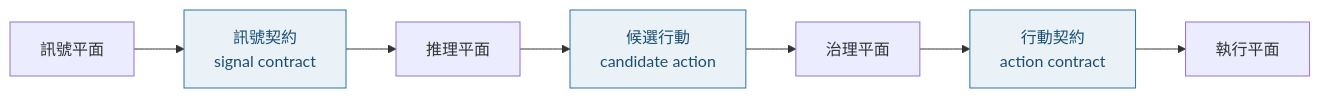
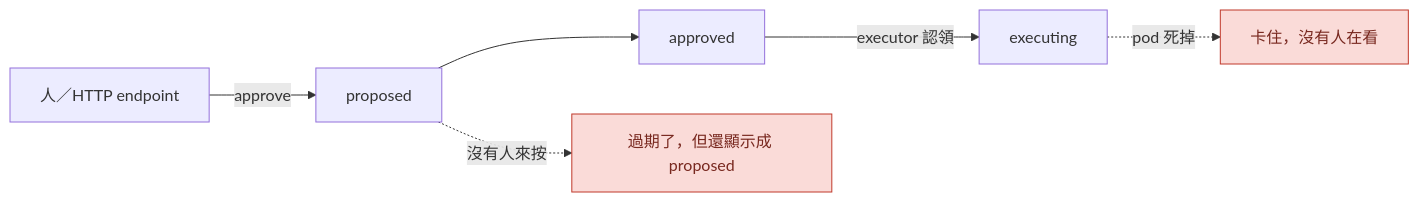
One commit to tedmax100/o11y-bench changed the second of 2 diagrams in weaver-demo/ironman-2026/day34.md. Above: the diagram before and after it, drawn with Mermaid. The commit also changed other lines of this file and 21 other files, not shown here.

````diff
--- a/weaver-demo/ironman-2026/day34.md
+++ b/weaver-demo/ironman-2026/day34.md
@@ -76,12 +127,11 @@
 ```mermaid
 flowchart LR
-    S["訊號平面"] --> C1["訊號契約<br/>signal contract"]
-    C1 --> R["推理平面"]
-    R --> C2["候選行動<br/>candidate action"]
-    C2 --> G["治理平面"]
-    G --> C3["行動契約<br/>action contract"]
-    C3 --> E["執行平面"]
+    H["人／HTTP endpoint"] -->|"approve"| P["proposed"]
+    P --> A["approved"]
+    A -->|"executor 認領"| E["executing"]
+    E -.->|"pod 死掉"| STUCK["卡住，沒有人在看"]
+    P -.->|"沒有人來按"| STALE["過期了，但還顯示成 proposed"]
 
-    classDef contract fill:#eaf2f8,stroke:#2874a6,color:#1b4f72
-    class C1,C2,C3 contract
+    classDef bad fill:#fadbd8,stroke:#c0392b,color:#78281f
+    class STUCK,STALE bad
 ```
````
